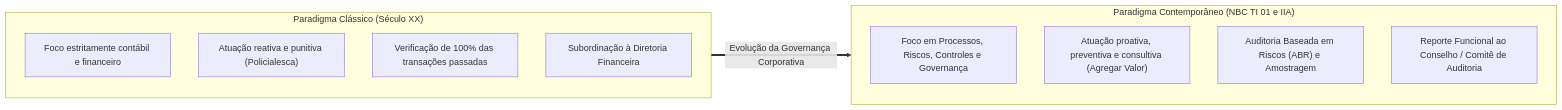
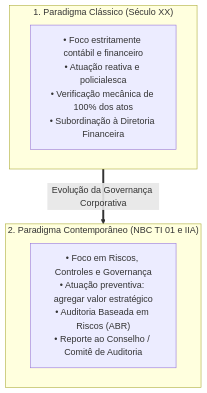
One commit to gilsonnogueira/OpenConcursos changed the first of 7 diagrams in docs/19-auditoria/02-auditoria-interna-e-governanca/01-auditoria-interna-nbc-ti-01.md. Above: the diagram before and after it, drawn with Mermaid. The commit also changed other lines of this file and 17 other files, not shown here.

Commit message:
style(diagrams): verticaliza todos os diagramas Mermaid para legibilidade em painel vertical

````diff
--- a/docs/19-auditoria/02-auditoria-interna-e-governanca/01-auditoria-interna-nbc-ti-01.md
+++ b/docs/19-auditoria/02-auditoria-interna-e-governanca/01-auditoria-interna-nbc-ti-01.md
@@ -31,18 +31,12 @@
 ```mermaid
-flowchart LR
-    subgraph PASSADO["Paradigma Clássico (Século XX)"]
-        P1["Foco estritamente contábil e financeiro"]
-        P2["Atuação reativa e punitiva (Policialesca)"]
-        P3["Verificação de 100% das transações passadas"]
-        P4["Subordinação à Diretoria Financeira"]
+flowchart TD
+    subgraph PASSADO["1. Paradigma Clássico (Século XX)"]
+        P1["• Foco estritamente contábil e financeiro<br/>• Atuação reativa e policialesca<br/>• Verificação mecânica de 100% dos atos<br/>• Subordinação à Diretoria Financeira"]
     end
 
-    subgraph PRESENTE["Paradigma Contemporâneo (NBC TI 01 e IIA)"]
-        M1["Foco em Processos, Riscos, Controles e Governança"]
-        M2["Atuação proativa, preventiva e consultiva (Agregar Valor)"]
-        M3["Auditoria Baseada em Riscos (ABR) e Amostragem"]
-        M4["Reporte Funcional ao Conselho / Comitê de Auditoria"]
+    subgraph PRESENTE["2. Paradigma Contemporâneo (NBC TI 01 e IIA)"]
+        M1["• Foco em Riscos, Controles e Governança<br/>• Atuação preventiva: agregar valor estratégico<br/>• Auditoria Baseada em Riscos (ABR)<br/>• Reporte ao Conselho / Comitê de Auditoria"]
     end
 
     PASSADO ==>|Evolução da Governança Corporativa| PRESENTE
 ```
````
